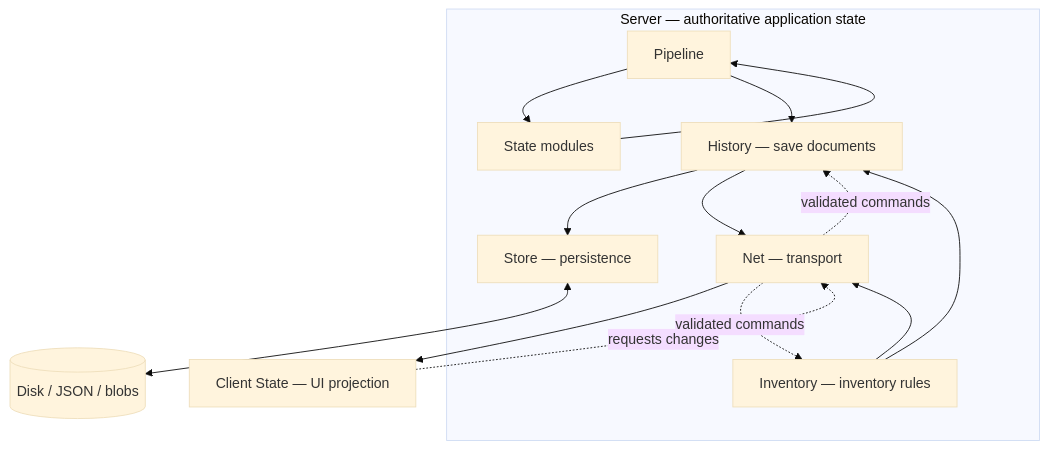
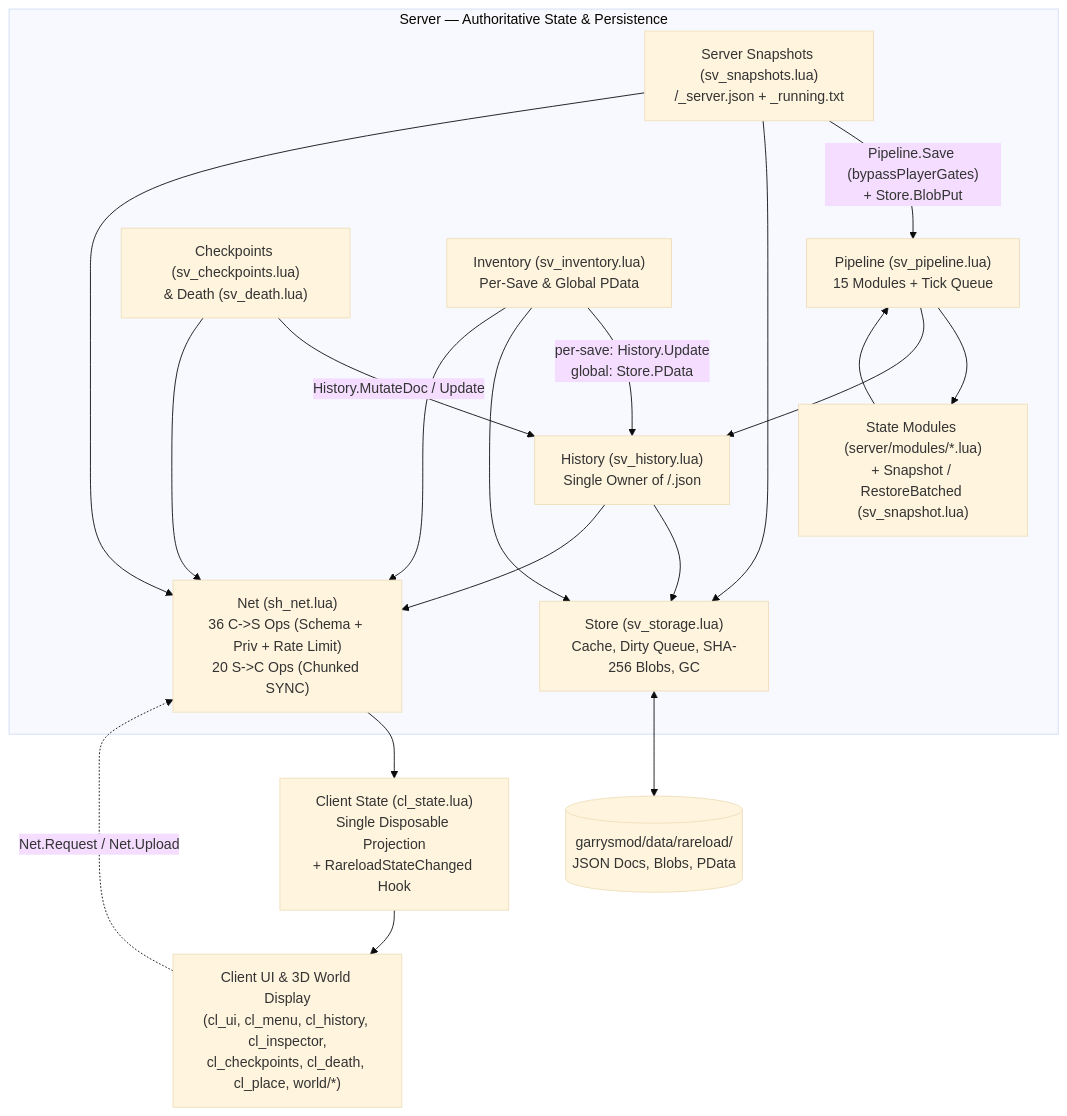
The diagram in RARELOAD_FUTURE_5.5_STATE_OWNERSHIP_AND_VALIDATION_PLAN.md (noahbds/Rareload), drawn with Mermaid (base theme) before and after one commit. The commit also changed other lines of this file and 1 other file, not shown here.

````diff
--- a/RARELOAD_FUTURE_5.5_STATE_OWNERSHIP_AND_VALIDATION_PLAN.md
+++ b/RARELOAD_FUTURE_5.5_STATE_OWNERSHIP_AND_VALIDATION_PLAN.md
@@ -88,28 +54,35 @@
-``` mermaid
+```mermaid
 flowchart TD
-    subgraph SERVER["Server — authoritative application state"]
-        PIPE["Pipeline"]
-        MOD["State modules"]
-        HIST["History — save documents"]
-        INV["Inventory — inventory rules"]
-        STORE["Store — persistence"]
-        NET["Net — transport"]
+    subgraph SERVER["Server — Authoritative State & Persistence"]
+        PIPE["Pipeline (sv_pipeline.lua)\n15 Modules + Tick Queue"]
+        MOD["State Modules (server/modules/*.lua)\n+ Snapshot / RestoreBatched (sv_snapshot.lua)"]
+        HIST["History (sv_history.lua)\nSingle Owner of <map>/<sid64>.json"]
+        CHK["Checkpoints (sv_checkpoints.lua)\n& Death (sv_death.lua)"]
+        SNAPS["Server Snapshots (sv_snapshots.lua)\n<map>/_server.json + _running.txt"]
+        INV["Inventory (sv_inventory.lua)\nPer-Save & Global PData"]
+        STORE["Store (sv_storage.lua)\nCache, Dirty Queue, SHA-256 Blobs, GC"]
+        NET["Net (sh_net.lua)\n36 C->S Ops (Schema + Priv + Rate Limit)\n20 S->C Ops (Chunked SYNC)"]
     end
 
-    DISK[("Disk / JSON / blobs")]
-    CLIENT["Client State — UI projection"]
+    DISK[("garrysmod/data/rareload/\nJSON Docs, Blobs, PData")]
+    CLIENT["Client State (cl_state.lua)\nSingle Disposable Projection\n+ RareloadStateChanged Hook"]
+    UI["Client UI & 3D World Display\n(cl_ui, cl_menu, cl_history, cl_inspector,\ncl_checkpoints, cl_death, cl_place, world/*)"]
 
     PIPE --> MOD
     MOD --> PIPE
     PIPE --> HIST
-    INV --> HIST
+    CHK -- "History.MutateDoc / Update" --> HIST
+    INV -- "per-save: History.Update\nglobal: Store.PData" --> HIST
+    INV --> STORE
+    SNAPS -- "Pipeline.Save (bypassPlayerGates)\n+ Store.BlobPut" --> PIPE
+    SNAPS --> STORE
     HIST --> STORE
     STORE <--> DISK
     HIST --> NET
+    CHK --> NET
+    SNAPS --> NET
     INV --> NET
     NET --> CLIENT
-
-    CLIENT -. "requests changes" .-> NET
-    NET -. "validated commands" .-> HIST
-    NET -. "validated commands" .-> INV
+    CLIENT --> UI
+    UI -. "Net.Request / Net.Upload" .-> NET
 ```
````
